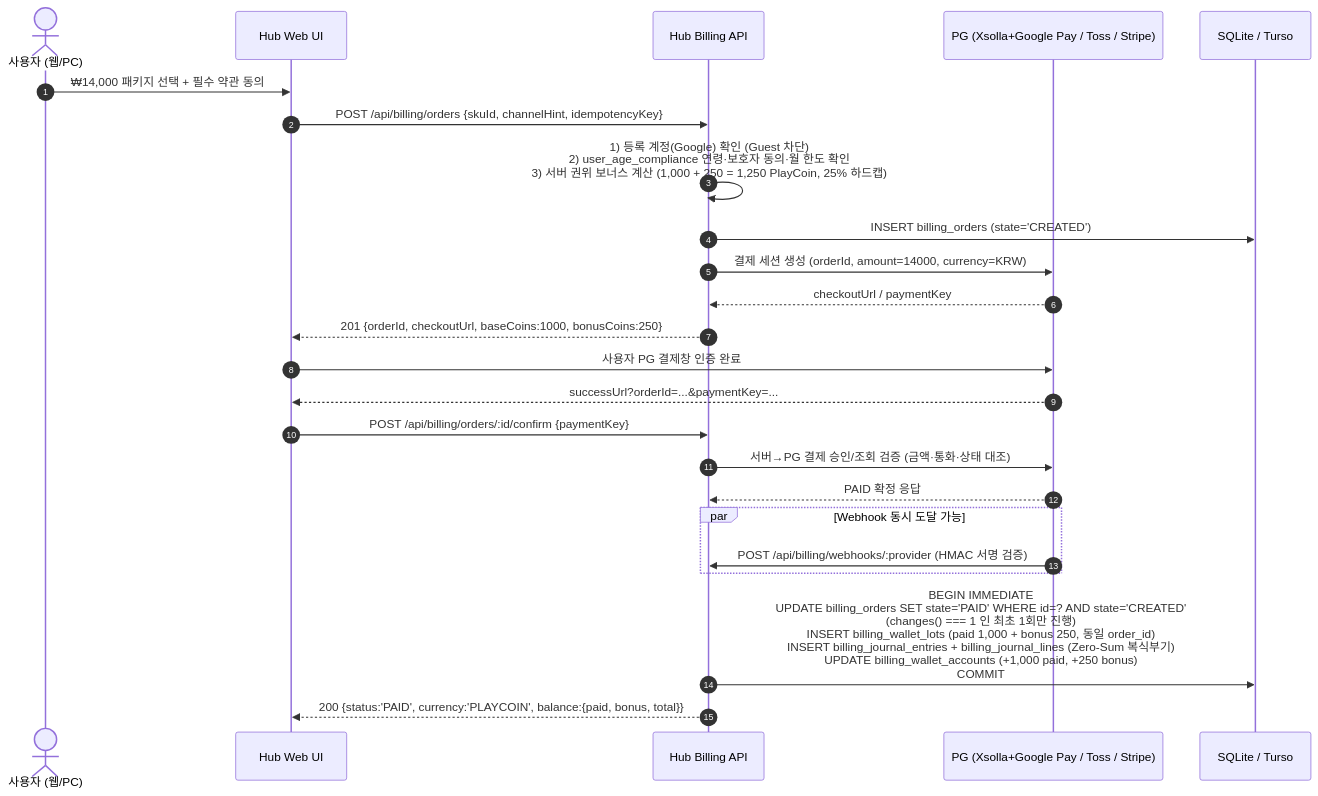
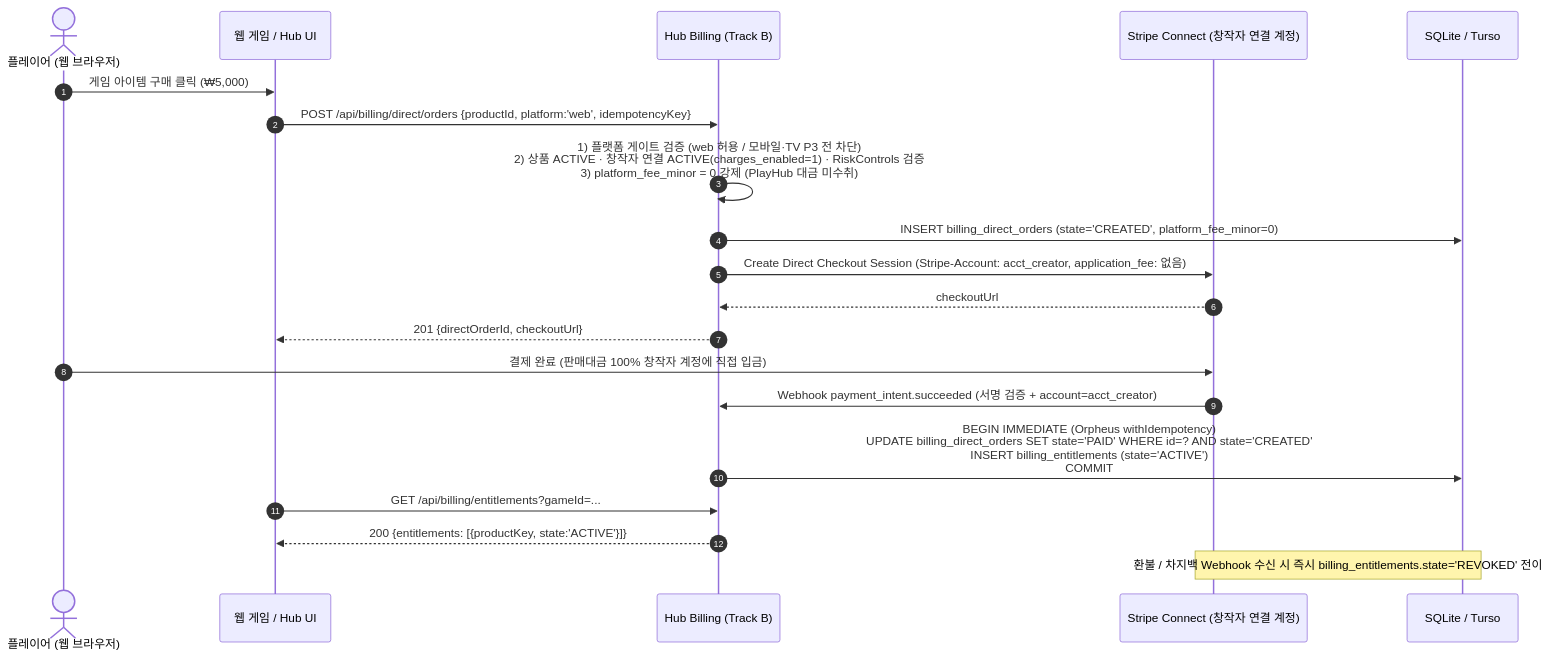
The second of 2 diagrams in docs/billing/HUB_BILLING_PLAN.md (alex-kang-ovdr/GoDotProjects), drawn with Mermaid before and after one commit. The commit also changed other lines of this file and 12 other files, not shown here.

````diff
--- a/docs/billing/HUB_BILLING_PLAN.md
+++ b/docs/billing/HUB_BILLING_PLAN.md
@@ -428,27 +258,23 @@
 ```mermaid
 sequenceDiagram
     autonumber
-    actor User as 사용자 (웹/PC)
-    participant Web as Hub Web UI
-    participant Hub as Hub Billing API
-    participant PG as PG (Xsolla+Google Pay / Toss / Stripe)
+    actor Player as 플레이어 (웹 브라우저)
+    participant Game as 웹 게임 / Hub UI
+    participant Hub as Hub Billing (Track B)
+    participant SC as Stripe Connect (창작자 연결 계정)
     participant DB as SQLite / Turso
 
-    User->>Web: ₩14,000 패키지 선택 + 필수 약관 동의
-    Web->>Hub: POST /api/billing/orders {skuId, channelHint, idempotencyKey}
-    Hub->>Hub: 1) 등록 계정(Google) 확인 (Guest 차단)<br/>2) user_age_compliance 연령·보호자 동의·월 한도 확인<br/>3) 서버 권위 보너스 계산 (1,000 + 250 = 1,250 PlayCoin, 25% 하드캡)
-    Hub->>DB: INSERT billing_orders (state='CREATED')
-    Hub->>PG: 결제 세션 생성 (orderId, amount=14000, currency=KRW)
-    PG-->>Hub: checkoutUrl / paymentKey
-    Hub-->>Web: 201 {orderId, checkoutUrl, baseCoins:1000, bonusCoins:250}
-    Web->>PG: 사용자 PG 결제창 인증 완료
-    PG-->>Web: successUrl?orderId=...&paymentKey=...
-    Web->>Hub: POST /api/billing/orders/:id/confirm {paymentKey}
-    Hub->>PG: 서버→PG 결제 승인/조회 검증 (금액·통화·상태 대조)
-    PG-->>Hub: PAID 확정 응답
-    par Webhook 동시 도달 가능
-        PG->>Hub: POST /api/billing/webhooks/:provider (HMAC 서명 검증)
-    end
-    Hub->>DB: BEGIN IMMEDIATE<br/>UPDATE billing_orders SET state='PAID' WHERE id=? AND state='CREATED'<br/>(changes() === 1 인 최초 1회만 진행)<br/>INSERT billing_wallet_lots (paid 1,000 + bonus 250, 동일 order_id)<br/>INSERT billing_journal_entries + billing_journal_lines (Zero-Sum 복식부기)<br/>UPDATE billing_wallet_accounts (+1,000 paid, +250 bonus)<br/>COMMIT
-    Hub-->>Web: 200 {status:'PAID', currency:'PLAYCOIN', balance:{paid, bonus, total}}
+    Player->>Game: 게임 아이템 구매 클릭 (₩5,000)
+    Game->>Hub: POST /api/billing/direct/orders {productId, platform:'web', idempotencyKey}
+    Hub->>Hub: 1) 플랫폼 게이트 검증 (web 허용 / 모바일·TV P3 전 차단)<br/>2) 상품 ACTIVE · 창작자 연결 ACTIVE(charges_enabled=1) · RiskControls 검증<br/>3) platform_fee_minor = 0 강제 (PlayHub 대금 미수취)
+    Hub->>DB: INSERT billing_direct_orders (state='CREATED', platform_fee_minor=0)
+    Hub->>SC: Create Direct Checkout Session (Stripe-Account: acct_creator, application_fee: 없음)
+    SC-->>Hub: checkoutUrl
+    Hub-->>Game: 201 {directOrderId, checkoutUrl}
+    Player->>SC: 결제 완료 (판매대금 100% 창작자 계정에 직접 입금)
+    SC->>Hub: Webhook payment_intent.succeeded (서명 검증 + account=acct_creator)
+    Hub->>DB: BEGIN IMMEDIATE (Orpheus withIdempotency)<br/>UPDATE billing_direct_orders SET state='PAID' WHERE id=? AND state='CREATED'<br/>INSERT billing_entitlements (state='ACTIVE')<br/>COMMIT
+    Game->>Hub: GET /api/billing/entitlements?gameId=...
+    Hub-->>Game: 200 {entitlements: [{productKey, state:'ACTIVE'}]}
+    Note over SC,DB: 환불 / 차지백 Webhook 수신 시 즉시 billing_entitlements.state='REVOKED' 전이
 ```
````
